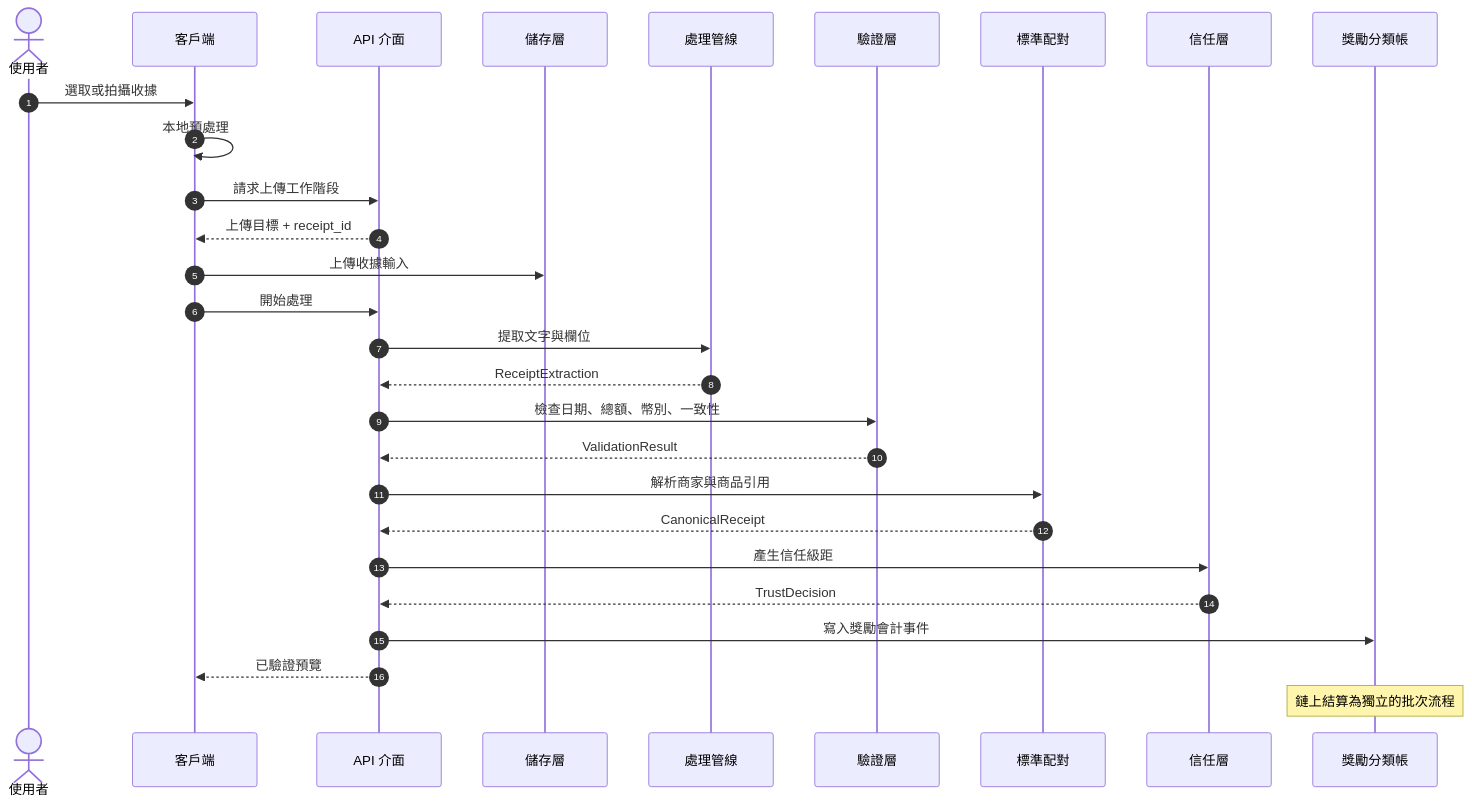
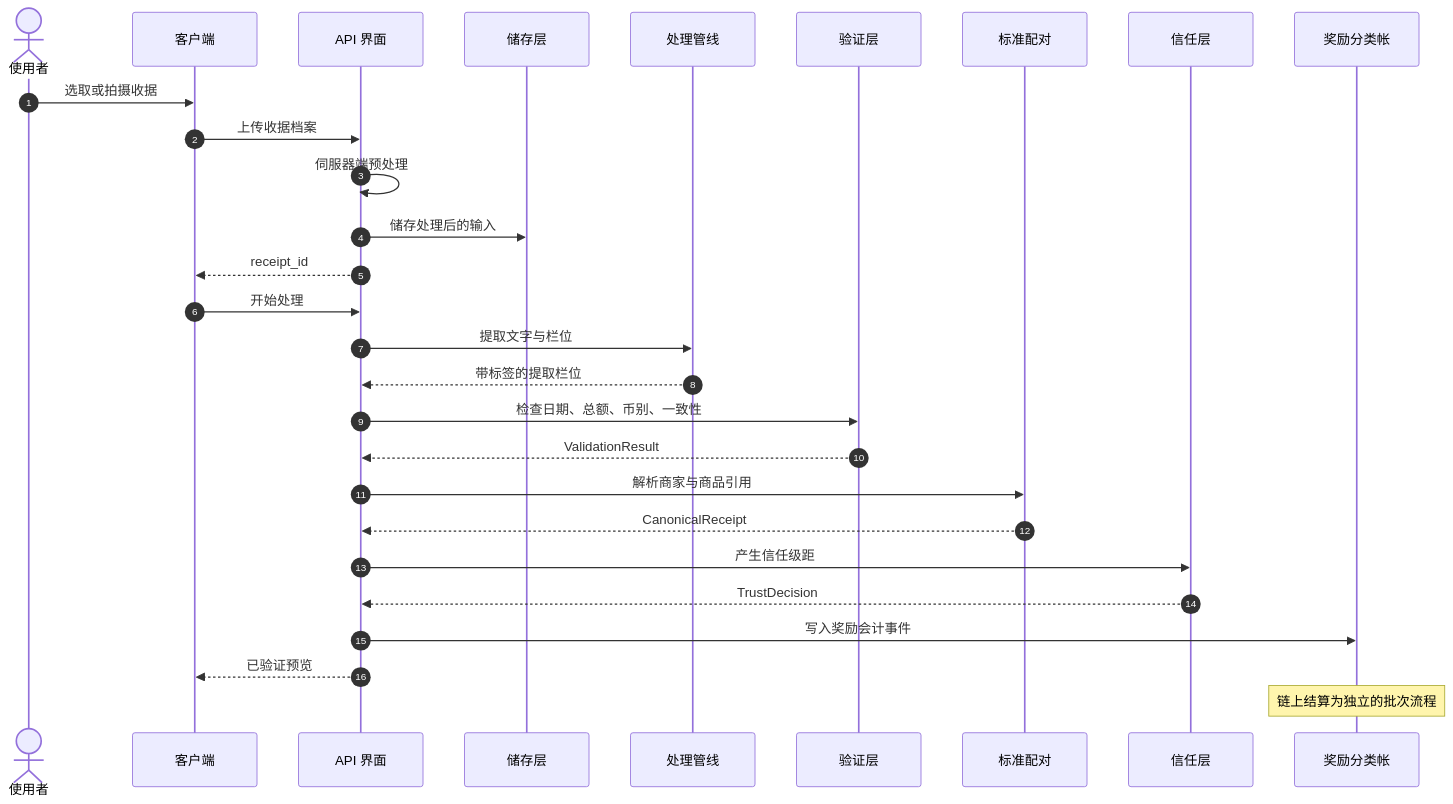
One commit to Yumo-Yumo-Inc/yumoyumohq changed the diagram in content/technical-paper/zh/02-receipt-pipeline/01-overview.md. Above: the diagram before and after it, drawn with Mermaid. The commit also changed other lines of this file and 1048 other files, not shown here.

````diff
--- a/content/technical-paper/zh/02-receipt-pipeline/01-overview.md
+++ b/content/technical-paper/zh/02-receipt-pipeline/01-overview.md
@@ -19,31 +19,31 @@
 ```mermaid
 sequenceDiagram
     autonumber
     actor U as 使用者
-    participant C as 客戶端
-    participant API as API 介面
-    participant S as 儲存層
-    participant P as 處理管線
-    participant V as 驗證層
-    participant M as 標準配對
-    participant T as 信任層
-    participant L as 獎勵分類帳
+    participant C as 客户端
+    participant API as API 界面
+    participant S as 储存层
+    participant P as 处理管线
+    participant V as 验证层
+    participant M as 标准配对
+    participant T as 信任层
+    participant L as 奖励分类帐
 
-    U->>C: 選取或拍攝收據
-    C->>C: 本地預處理
-    C->>API: 請求上傳工作階段
-    API-->>C: 上傳目標 + receipt_id
-    C->>S: 上傳收據輸入
-    C->>API: 開始處理
-    API->>P: 提取文字與欄位
-    P-->>API: ReceiptExtraction
-    API->>V: 檢查日期、總額、幣別、一致性
+    U->>C: 选取或拍摄收据
+    C->>API: 上传收据档案
+    API->>API: 伺服器端预处理
+    API->>S: 储存处理后的输入
+    API-->>C: receipt_id
+    C->>API: 开始处理
+    API->>P: 提取文字与栏位
+    P-->>API: 带标签的提取栏位
+    API->>V: 检查日期、总额、币别、一致性
     V-->>API: ValidationResult
-    API->>M: 解析商家與商品引用
+    API->>M: 解析商家与商品引用
     M-->>API: CanonicalReceipt
-    API->>T: 產生信任級距
+    API->>T: 产生信任级距
     T-->>API: TrustDecision
-    API->>L: 寫入獎勵會計事件
-    API-->>C: 已驗證預覽
-    Note over L: 鏈上結算為獨立的批次流程
+    API->>L: 写入奖励会计事件
+    API-->>C: 已验证预览
+    Note over L: 链上结算为独立的批次流程
 ```
````
